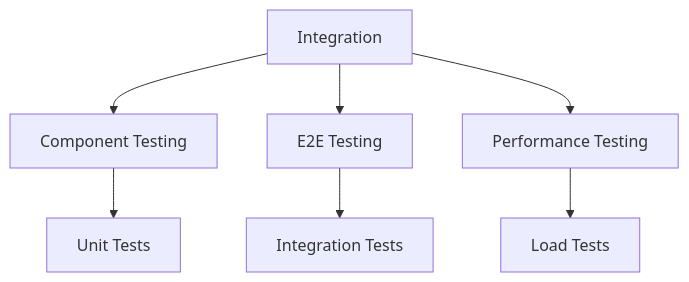
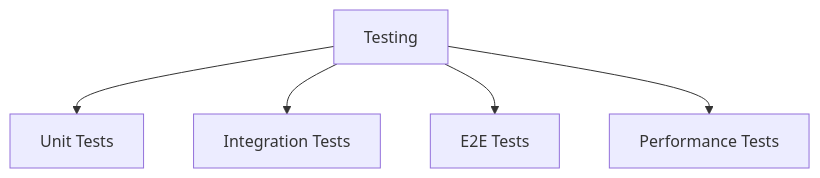
One commit to jihadajUAEU/bluemeshv2 changed the sixth of 7 diagrams in IMPLEMENTATION.md. Above: the diagram before and after it, drawn with Mermaid. The commit also changed other lines of this file and 1 other file, not shown here.

Commit message:
Enhance README.md with detailed Integration Layer architecture, security features, and Keycloak configuration instructions

````diff
--- a/IMPLEMENTATION.md
+++ b/IMPLEMENTATION.md
@@ -244,9 +246,7 @@
 ```mermaid
 graph TD
-    A[Integration] --> B[Component Testing]
-    A --> C[E2E Testing]
-    A --> D[Performance Testing]
-    B --> E[Unit Tests]
-    C --> F[Integration Tests]
-    D --> G[Load Tests]
+    A[Testing] --> B[Unit Tests]
+    A --> C[Integration Tests]
+    A --> D[E2E Tests]
+    A --> E[Performance Tests]
 ```
````
